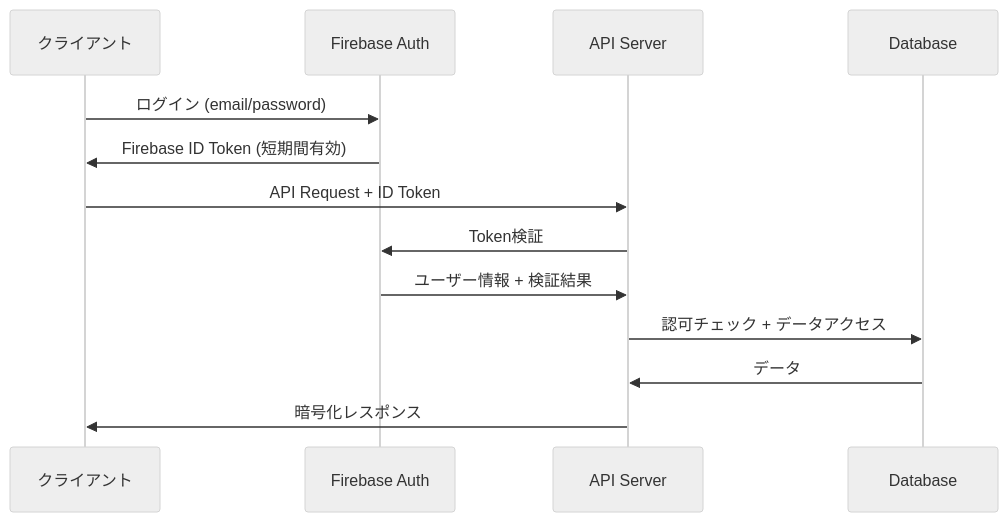
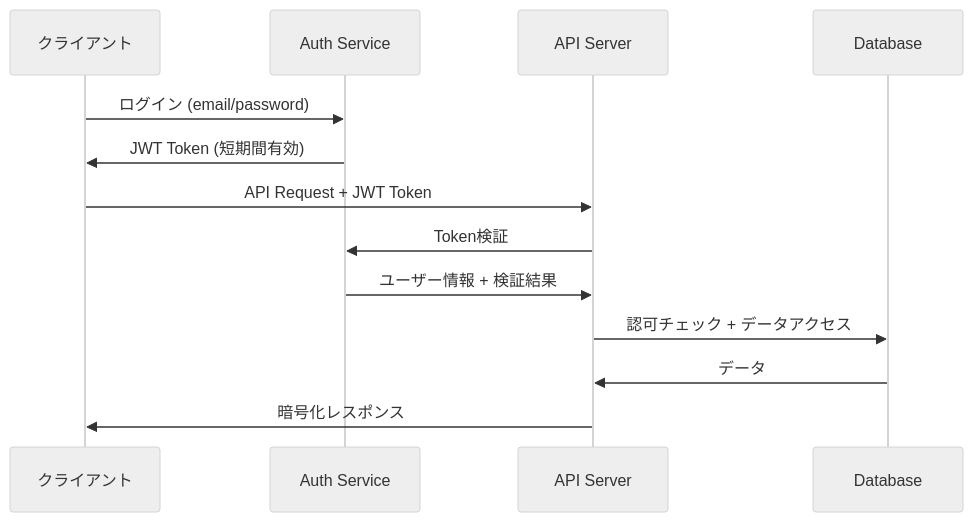
One commit to TakashiAihara/preppin changed the third of 3 diagrams in .kiro/specs/inventory-management/design.md. Above: the diagram before and after it, drawn with Mermaid (neutral theme). The commit also changed other lines of this file and 2 other files, not shown here.

First line of the commit message:
update CLAUDE.md to reflect Flutter-based architecture

````diff
--- a/.kiro/specs/inventory-management/design.md
+++ b/.kiro/specs/inventory-management/design.md
@@ -1301,16 +1760,16 @@
 ```mermaid
 sequenceDiagram
     participant C as クライアント
-    participant F as Firebase Auth
-    participant A as API Server
+    participant A as Auth Service
+    participant API as API Server
     participant D as Database
     
-    C->>F: ログイン (email/password)
-    F->>C: Firebase ID Token (短期間有効)
-    C->>A: API Request + ID Token
-    A->>F: Token検証
-    F->>A: ユーザー情報 + 検証結果
-    A->>D: 認可チェック + データアクセス
-    D->>A: データ
-    A->>C: 暗号化レスポンス
+    C->>A: ログイン (email/password)
+    A->>C: JWT Token (短期間有効)
+    C->>API: API Request + JWT Token
+    API->>A: Token検証
+    A->>API: ユーザー情報 + 検証結果
+    API->>D: 認可チェック + データアクセス
+    D->>API: データ
+    API->>C: 暗号化レスポンス
 ```
````
